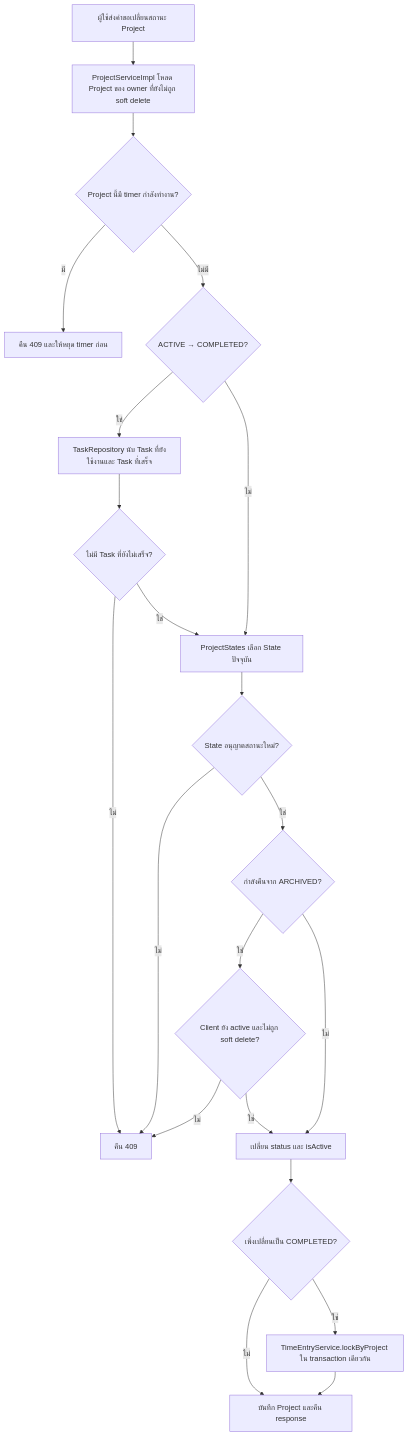
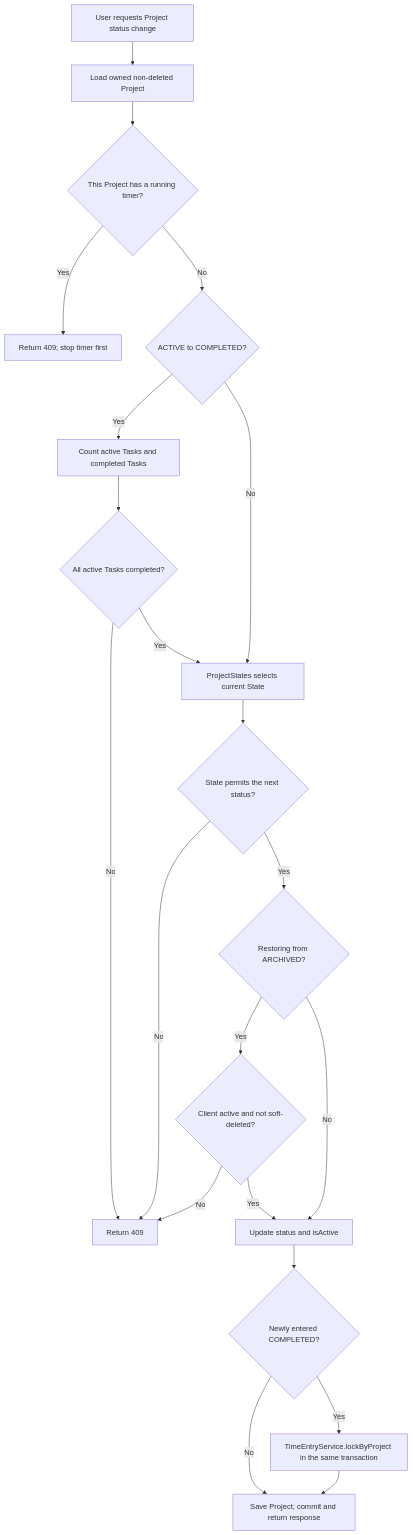
Before and after one commit to lillianxhub/freelance-hub: the diagram in doc/diagrams/activity-project-status.md, drawn with Mermaid. The commit also changed 18 other files, not shown here.

Commit message:
docs: sync project documentation, consolidate sequence diagrams and update deployment links

````diff
--- a/doc/diagrams/activity-project-status.md
+++ b/doc/diagrams/activity-project-status.md
@@ -5,23 +5,23 @@
 ```mermaid
 flowchart TD
-    A[ผู้ใช้ส่งคำขอเปลี่ยนสถานะ Project] --> B[ProjectServiceImpl โหลด Project ของ owner ที่ยังไม่ถูก soft delete]
-    B --> C{Project นี้มี timer กำลังทำงาน?}
-    C -- มี --> D[คืน 409 และให้หยุด timer ก่อน]
-    C -- ไม่มี --> E{ACTIVE → COMPLETED?}
-    E -- ใช่ --> N[TaskRepository นับ Task ที่ยังใช้งานและ Task ที่เสร็จ]
-    N --> O{ไม่มี Task ที่ยังไม่เสร็จ?}
-    O -- ไม่ --> G[คืน 409]
-    O -- ใช่ --> P[ProjectStates เลือก State ปัจจุบัน]
-    E -- ไม่ --> P
-    P --> F{State อนุญาตสถานะใหม่?}
-    F -- ไม่ --> G[คืน 409]
-    F -- ใช่ --> H{กำลังคืนจาก ARCHIVED?}
-    H -- ใช่ --> I{Client ยัง active และไม่ถูก soft delete?}
-    I -- ไม่ --> G
-    I -- ใช่ --> J[เปลี่ยน status และ isActive]
-    H -- ไม่ --> J
-    J --> K{เพิ่งเปลี่ยนเป็น COMPLETED?}
-    K -- ใช่ --> L[TimeEntryService.lockByProject ใน transaction เดียวกัน]
-    K -- ไม่ --> M[บันทึก Project และคืน response]
+    A[User requests Project status change] --> B[Load owned non-deleted Project]
+    B --> C{This Project has a running timer?}
+    C -- Yes --> D[Return 409; stop timer first]
+    C -- No --> E{ACTIVE to COMPLETED?}
+    E -- Yes --> N[Count active Tasks and completed Tasks]
+    N --> O{All active Tasks completed?}
+    O -- No --> G[Return 409]
+    O -- Yes --> P[ProjectStates selects current State]
+    E -- No --> P
+    P --> F{State permits the next status?}
+    F -- No --> G
+    F -- Yes --> H{Restoring from ARCHIVED?}
+    H -- Yes --> I{Client active and not soft-deleted?}
+    I -- No --> G
+    I -- Yes --> J[Update status and isActive]
+    H -- No --> J
+    J --> K{Newly entered COMPLETED?}
+    K -- Yes --> L[TimeEntryService.lockByProject in the same transaction]
+    K -- No --> M[Save Project; commit and return response]
     L --> M
 ```
````
